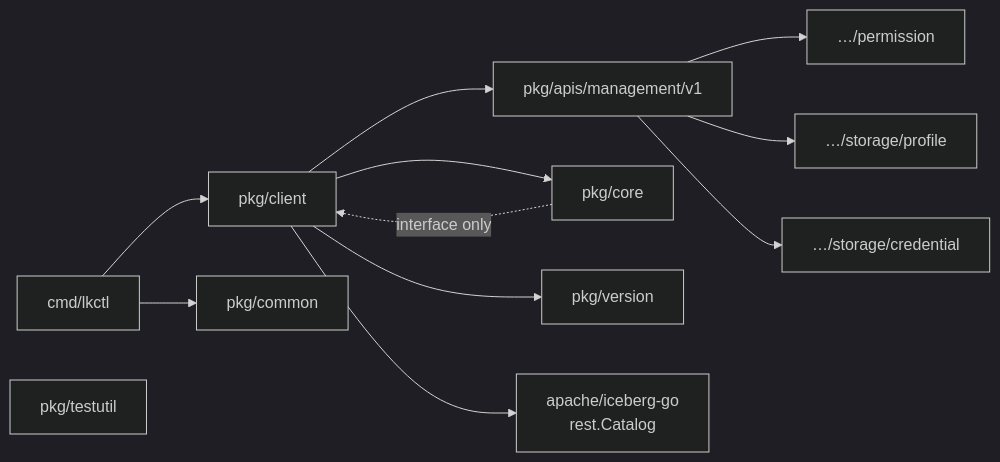
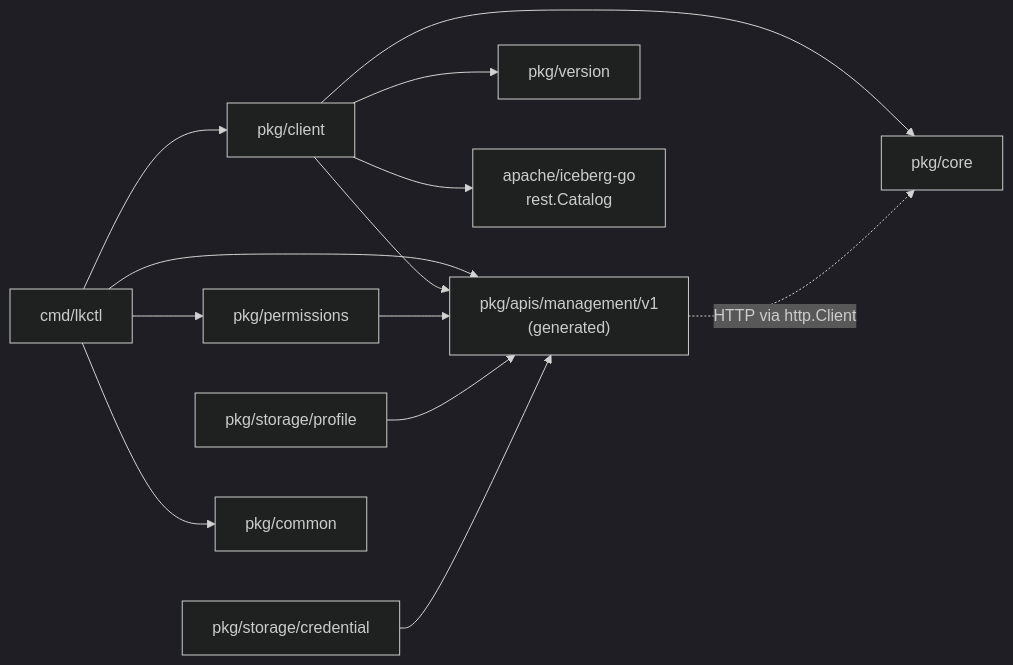
One commit to lakekeeper/go-lakekeeper changed the first of 2 diagrams in docs/PACKAGES.md. Above: the diagram before and after it, drawn with Mermaid (dark theme). The commit also changed other lines of this file and 7 other files, not shown here.

First line of the commit message:
docs: refresh for auto-generated management client

````diff
--- a/docs/PACKAGES.md
+++ b/docs/PACKAGES.md
@@ -7,25 +10,26 @@
 ```mermaid
 graph LR
     CLI["cmd/lkctl"]
     CLIENT["pkg/client"]
-    MGMT["pkg/apis/management/v1"]
-    PERM["…/permission"]
-    PROFILE["…/storage/profile"]
-    CRED["…/storage/credential"]
+    GEN["pkg/apis/management/v1<br/>(generated)"]
+    PERM["pkg/permissions"]
+    PROFILE["pkg/storage/profile"]
+    CRED["pkg/storage/credential"]
     CORE["pkg/core"]
     COMMON["pkg/common"]
     VERSION["pkg/version"]
-    TESTUTIL["pkg/testutil"]
-    ICEBERG["apache/iceberg-go\nrest.Catalog"]
+    ICEBERG["apache/iceberg-go<br/>rest.Catalog"]
 
     CLI --> CLIENT
     CLI --> COMMON
-    CLIENT --> MGMT
+    CLI --> PERM
+    CLI --> GEN
+    CLIENT --> GEN
     CLIENT --> CORE
     CLIENT --> VERSION
     CLIENT --> ICEBERG
-    MGMT --> PERM
-    MGMT --> PROFILE
-    MGMT --> CRED
-    CORE -.->|"interface only"| CLIENT
+    PERM --> GEN
+    PROFILE --> GEN
+    CRED --> GEN
+    GEN -.->|HTTP via http.Client| CORE
 ```
````
